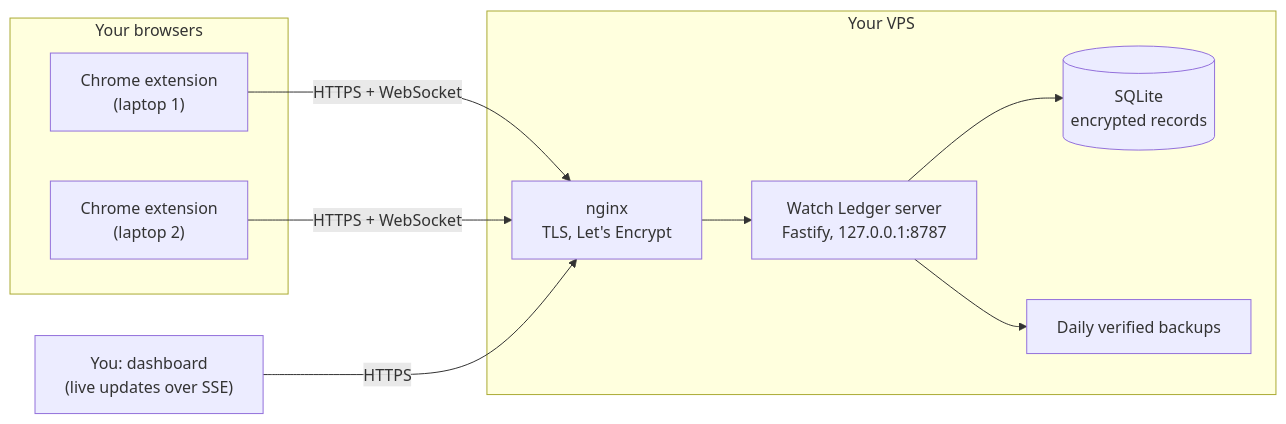
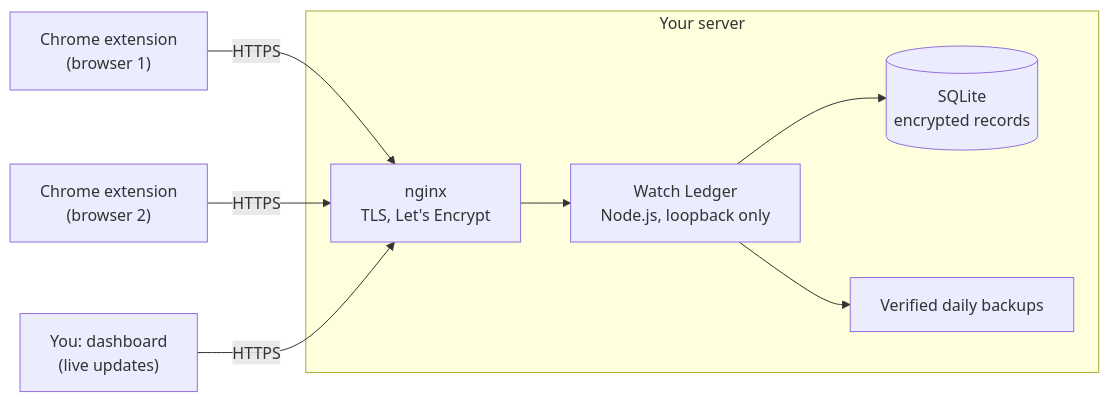
The diagram in README.md (NimeshPiyathissa/YT-WATCH-LEDGER), drawn with Mermaid before and after one commit. The commit also changed other lines of this file and 15 other files, not shown here.

````diff
--- a/README.md
+++ b/README.md
@@ -54,15 +44,11 @@
 ```mermaid
 flowchart LR
-  subgraph B["Your browsers"]
-    E1["Chrome extension<br/>(laptop 1)"]
-    E2["Chrome extension<br/>(laptop 2)"]
+  E1["Chrome extension<br/>(browser 1)"] -- HTTPS --> N
+  E2["Chrome extension<br/>(browser 2)"] -- HTTPS --> N
+  subgraph V["Your server"]
+    N["nginx<br/>TLS, Let's Encrypt"] --> A["Watch Ledger<br/>Node.js, loopback only"]
+    A --> D[("SQLite<br/>encrypted records")]
+    A --> K["Verified daily backups"]
   end
-  E1 -- "HTTPS + WebSocket" --> N
-  E2 -- "HTTPS + WebSocket" --> N
-  subgraph V["Your VPS"]
-    N["nginx<br/>TLS, Let's Encrypt"] --> A["Watch Ledger server<br/>Fastify, 127.0.0.1:8787"]
-    A --> D[("SQLite<br/>encrypted records")]
-    A --> K["Daily verified backups"]
-  end
-  O["You: dashboard<br/>(live updates over SSE)"] -- HTTPS --> N
+  O["You: dashboard<br/>(live updates)"] -- HTTPS --> N
 ```
````
